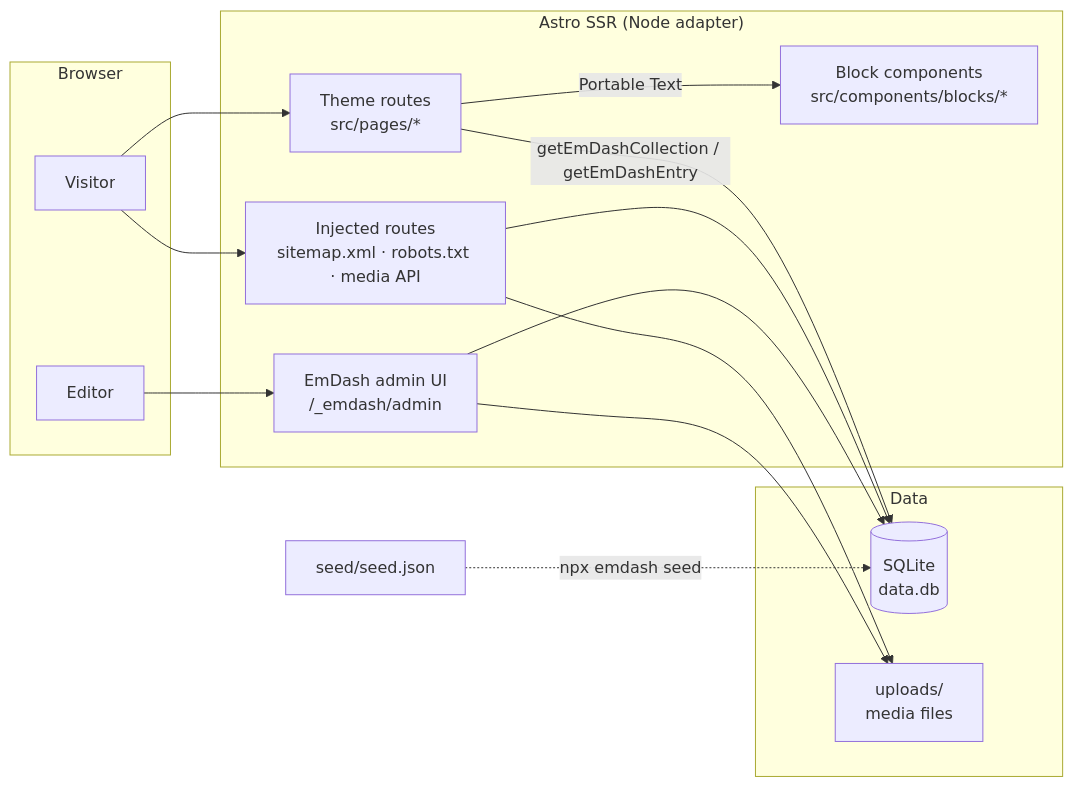
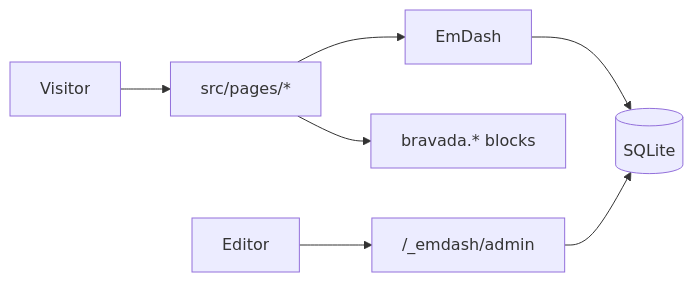
One commit to vhscom/emdash-theme-bravada changed the diagram in README.md. Above: the diagram before and after it, drawn with Mermaid.

Commit message:
README: slim the architecture diagram to the two converging paths

````diff
--- a/README.md
+++ b/README.md
@@ -71,30 +71,6 @@
 ```mermaid
 flowchart LR
-    subgraph Browser
-        V[Visitor]
-        E[Editor]
-    end
-
-    subgraph Node["Astro SSR (Node adapter)"]
-        R["Theme routes<br/>src/pages/*"]
-        B["Block components<br/>src/components/blocks/*"]
-        A["EmDash admin UI<br/>/_emdash/admin"]
-        I["Injected routes<br/>sitemap.xml · robots.txt · media API"]
-    end
-
-    subgraph Data
-        DB[("SQLite<br/>data.db")]
-        U["uploads/<br/>media files"]
-    end
-
-    V --> R
-    R -- "getEmDashCollection / getEmDashEntry" --> DB
-    R -- "Portable Text" --> B
-    V --> I
-    I --> DB
-    I --> U
-    E --> A
-    A --> DB
-    A --> U
-    S["seed/seed.json"] -. "npx emdash seed" .-> DB
+    V[Visitor] --> P["src/pages/*"] --> Q[EmDash] --> DB[(SQLite)]
+    P --> B["bravada.* blocks"]
+    E[Editor] --> A["/_emdash/admin"] --> DB
 ```
````
